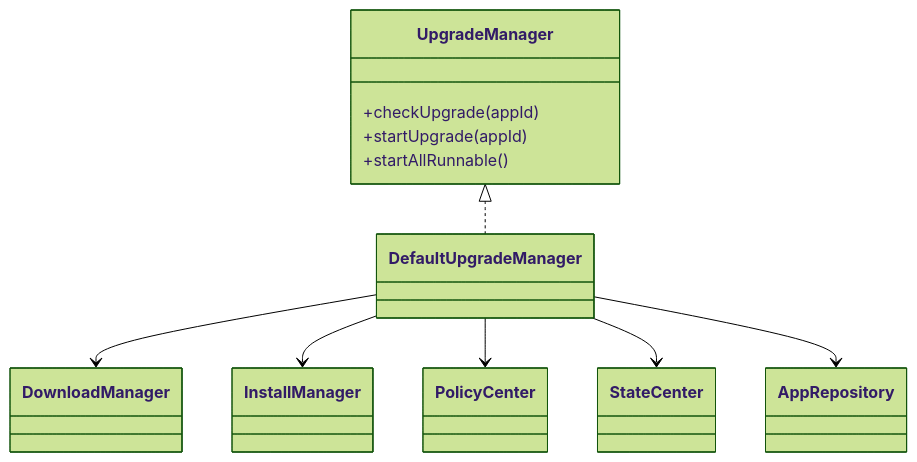
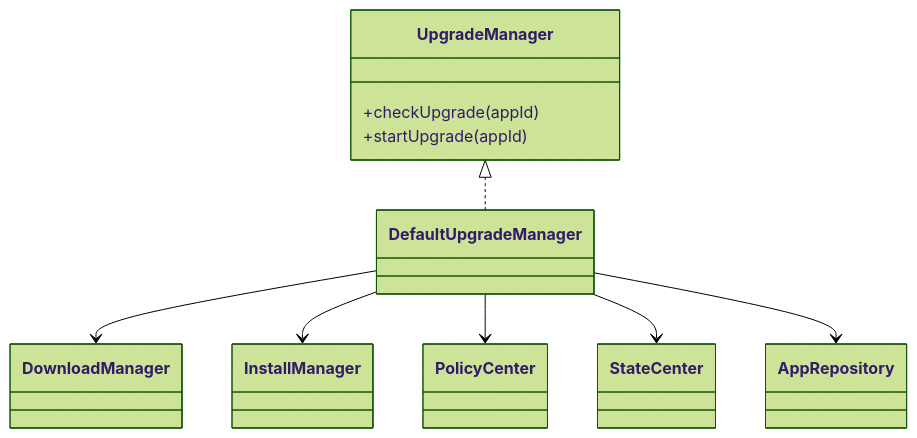
One commit to XZQ/CarAppStore changed the second of 4 diagrams in docs/11-升级模块架构与流程.md. Above: the diagram before and after it, drawn with Mermaid (forest theme). The commit also changed other lines of this file and 35 other files, not shown here.

Commit message:
Docs: reorganize architecture docs and handoff guide

````diff
--- a/docs/11-升级模块架构与流程.md
+++ b/docs/11-升级模块架构与流程.md
@@ -58,23 +58,22 @@
 ```mermaid
 classDiagram
 
 class UpgradeManager {
   +checkUpgrade(appId)
   +startUpgrade(appId)
-  +startAllRunnable()
 }
 
 class DefaultUpgradeManager
 class DownloadManager
 class InstallManager
 class PolicyCenter
 class StateCenter
 class AppRepository
 
 UpgradeManager <|.. DefaultUpgradeManager
 DefaultUpgradeManager --> DownloadManager
 DefaultUpgradeManager --> InstallManager
 DefaultUpgradeManager --> PolicyCenter
 DefaultUpgradeManager --> StateCenter
 DefaultUpgradeManager --> AppRepository
 ```
````
